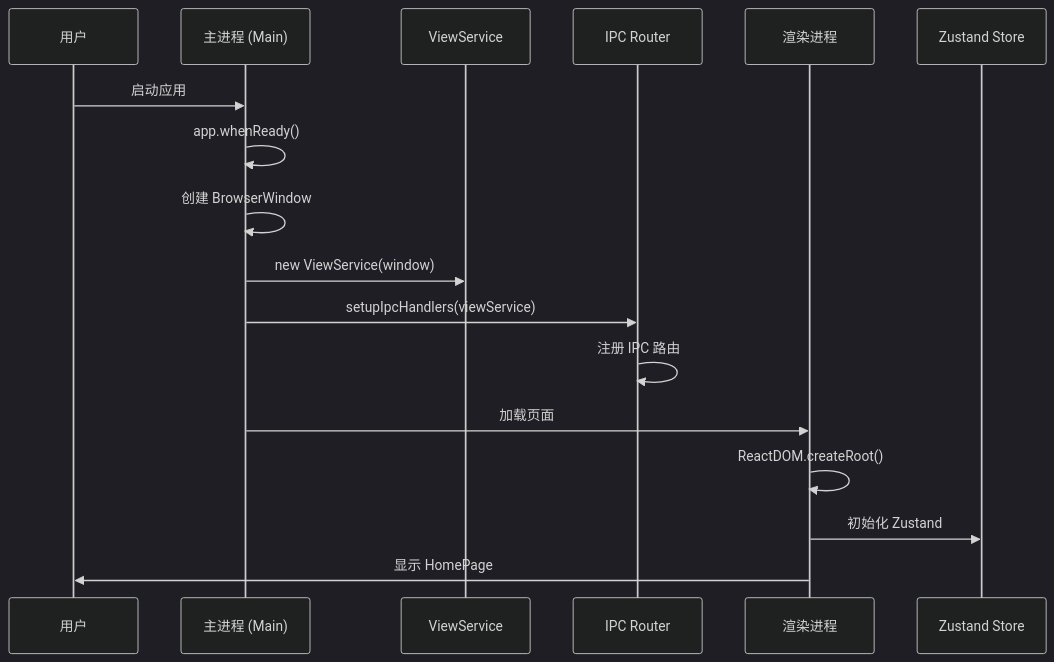
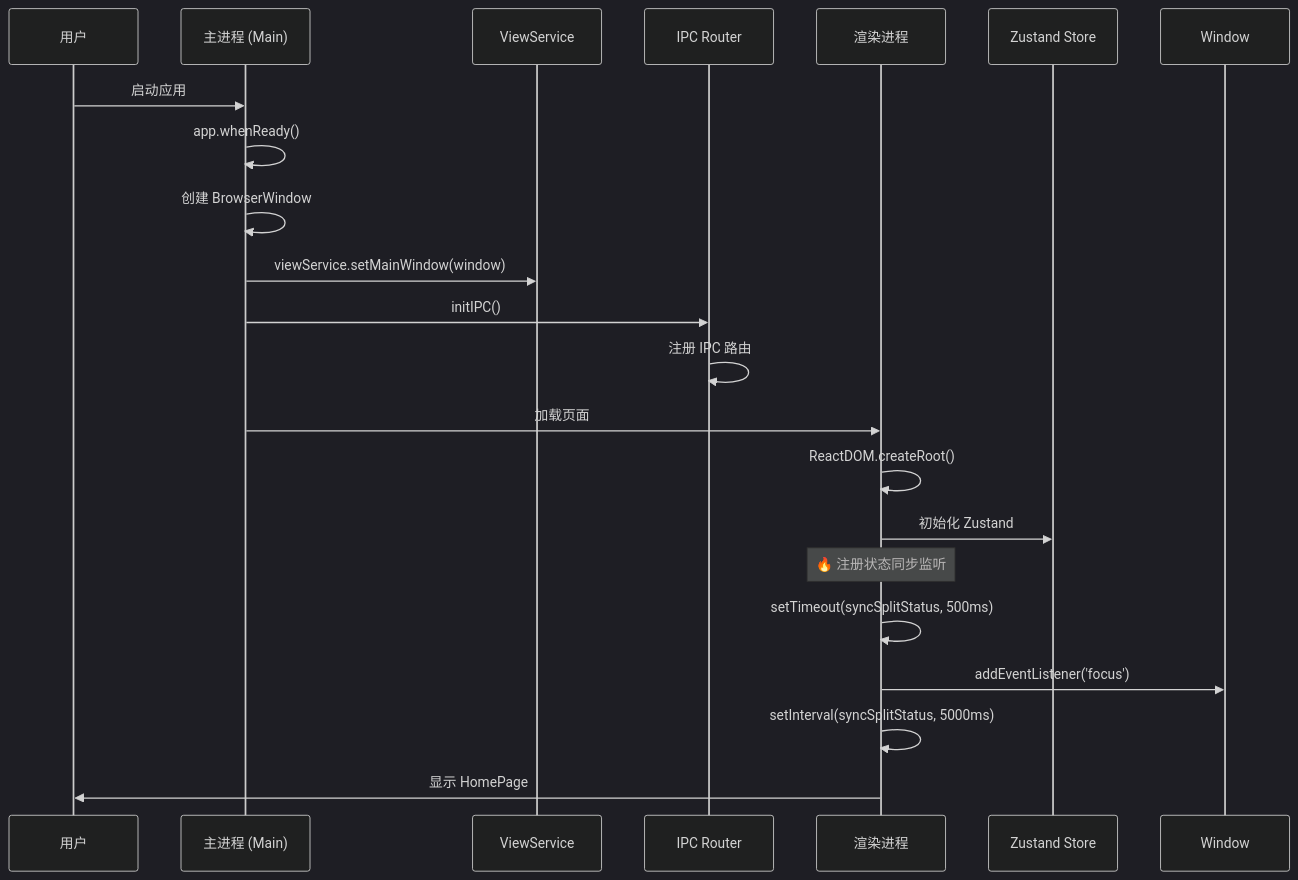
One commit to HMETAO/web-embedding changed the first of 5 diagrams in docs/分屏流程文档.md. Above: the diagram before and after it, drawn with Mermaid (dark theme). The commit also changed other lines of this file and 2 other files, not shown here.

````diff
--- a/docs/分屏流程文档.md
+++ b/docs/分屏流程文档.md
@@ -425,20 +768,26 @@
 ```mermaid
 sequenceDiagram
     participant User as 用户
     participant Main as 主进程 (Main)
     participant ViewSvc as ViewService
     participant IPC as IPC Router
     participant Renderer as 渲染进程
     participant Store as Zustand Store
 
     User->>Main: 启动应用
     Main->>Main: app.whenReady()
     Main->>Main: 创建 BrowserWindow
-    Main->>ViewSvc: new ViewService(window)
-    Main->>IPC: setupIpcHandlers(viewService)
+    Main->>ViewSvc: viewService.setMainWindow(window)
+    Main->>IPC: initIPC()
     IPC->>IPC: 注册 IPC 路由
     Main->>Renderer: 加载页面
     Renderer->>Renderer: ReactDOM.createRoot()
     Renderer->>Store: 初始化 Zustand
+
+    Note over Renderer: 🔥 注册状态同步监听
+    Renderer->>Renderer: setTimeout(syncSplitStatus, 500ms)
+    Renderer->>Window: addEventListener('focus')
+    Renderer->>Renderer: setInterval(syncSplitStatus, 5000ms)
+
     Renderer->>User: 显示 HomePage
 ```
````
